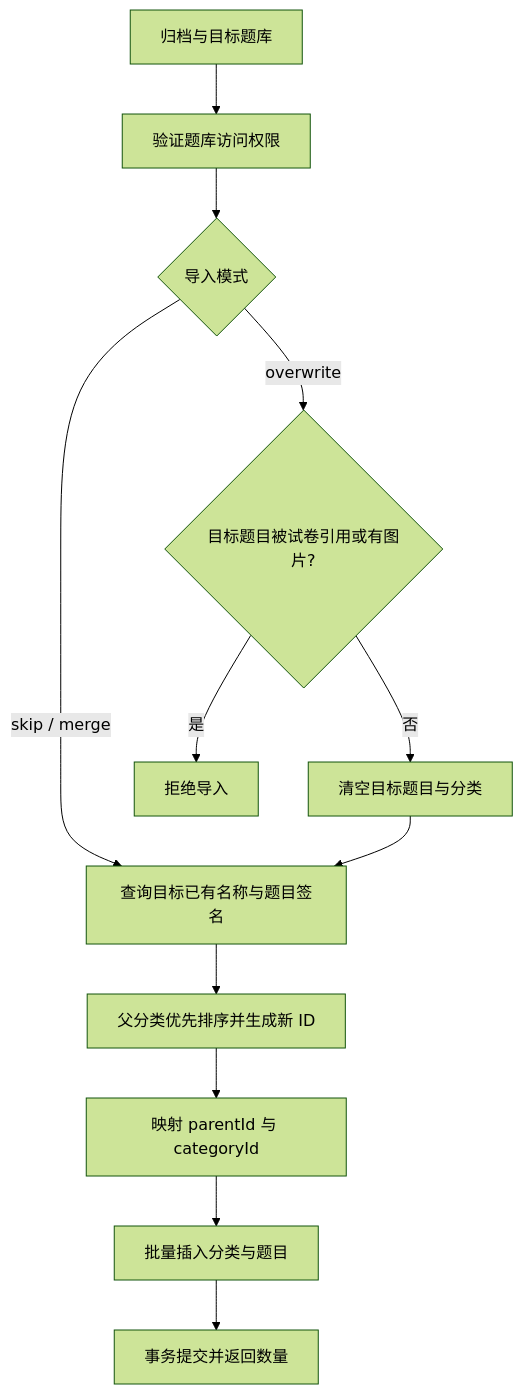
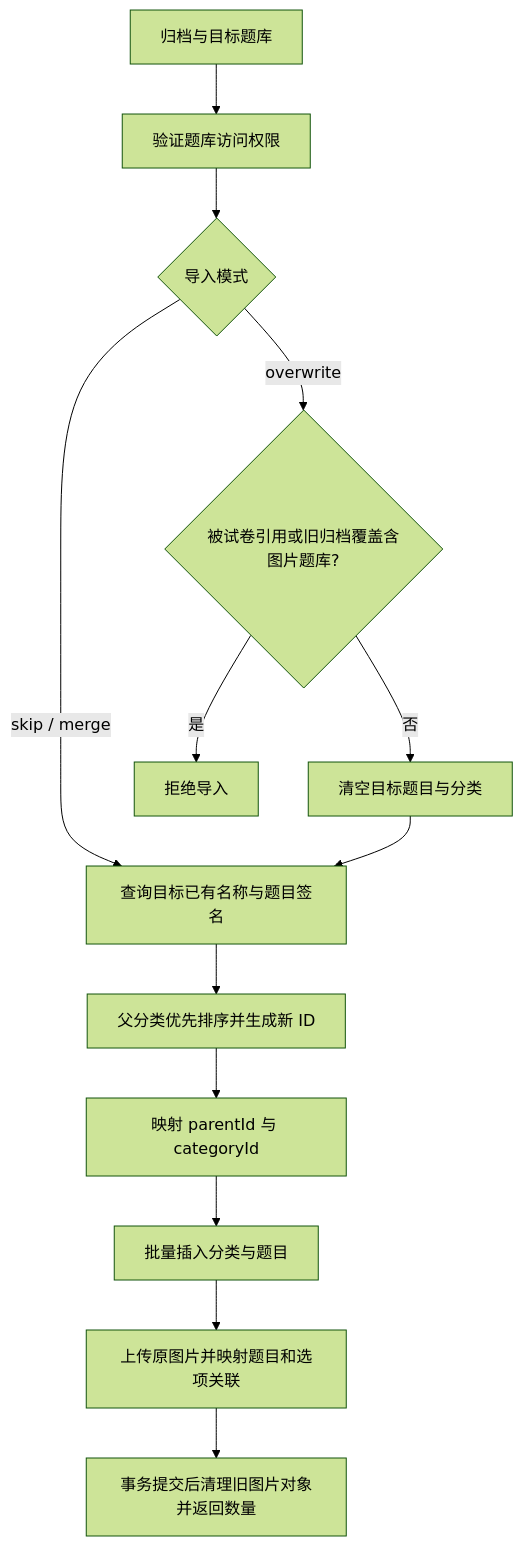
One commit to zcloud-workshop/exam-platform changed the third of 3 diagrams in docs/business-logic.md. Above: the diagram before and after it, drawn with Mermaid (forest theme). The commit also changed other lines of this file, not shown here.

````diff
--- a/docs/business-logic.md
+++ b/docs/business-logic.md
@@ -159,14 +159,15 @@
 ```mermaid
 flowchart TD
     A[归档与目标题库] --> B[验证题库访问权限]
     B --> C{导入模式}
     C -->|skip / merge| D[查询目标已有名称与题目签名]
-    C -->|overwrite| E{目标题目被试卷引用或有图片?}
+    C -->|overwrite| E{被试卷引用或旧归档覆盖含图片题库?}
     E -->|是| F[拒绝导入]
     E -->|否| G[清空目标题目与分类]
     G --> D
     D --> H[父分类优先排序并生成新 ID]
     H --> I[映射 parentId 与 categoryId]
     I --> J[批量插入分类与题目]
-    J --> K[事务提交并返回数量]
+    J --> K[上传原图片并映射题目和选项关联]
+    K --> L[事务提交后清理旧图片对象并返回数量]
 ```
````
